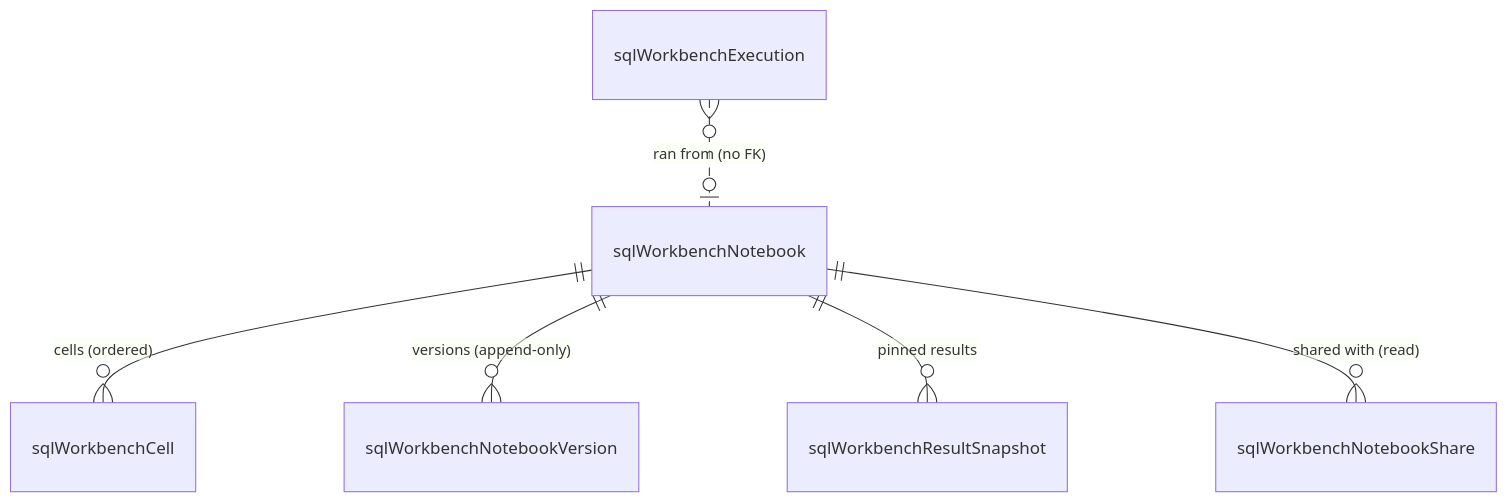
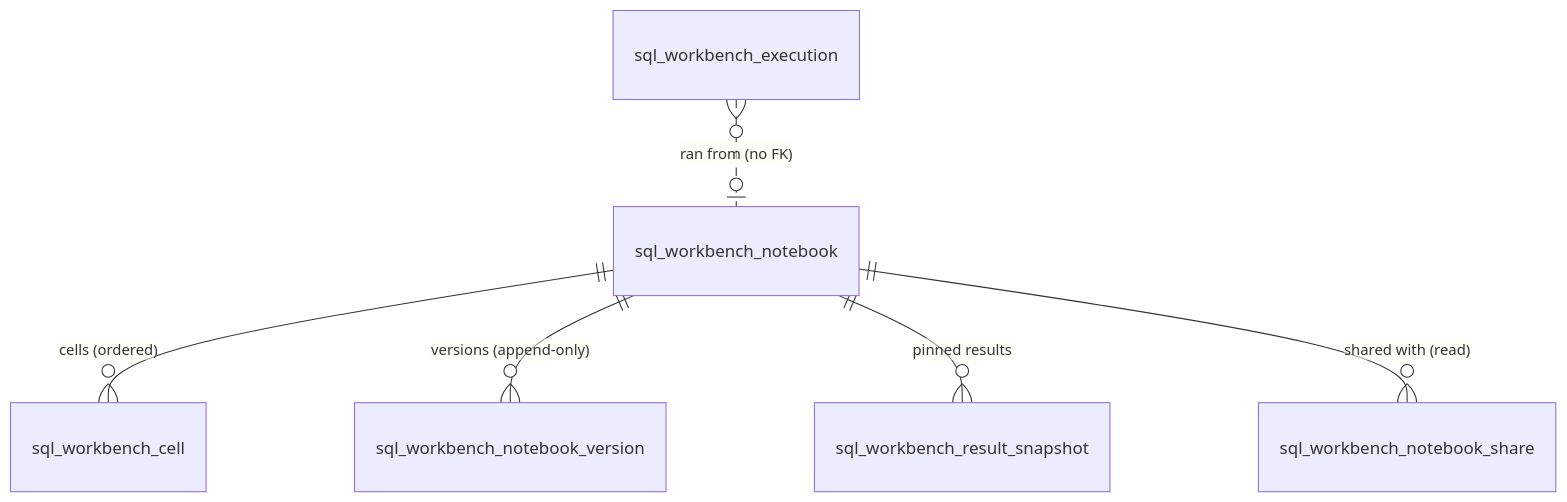
Before and after one commit to QRun-IO/qbit-sql-workbench: the diagram in docs/DESIGN.md, drawn with Mermaid. The commit also changed other lines of this file and 20 other files, not shown here.

First line of the commit message:
feat!: snake_case QQQ names with the sql_workbench_ prefix (owner naming rule)

````diff
--- a/docs/DESIGN.md
+++ b/docs/DESIGN.md
@@ -110,8 +110,8 @@
 ```mermaid
 erDiagram
-   sqlWorkbenchNotebook ||--o{ sqlWorkbenchCell : "cells (ordered)"
-   sqlWorkbenchNotebook ||--o{ sqlWorkbenchNotebookVersion : "versions (append-only)"
-   sqlWorkbenchNotebook ||--o{ sqlWorkbenchResultSnapshot : "pinned results"
-   sqlWorkbenchNotebook ||--o{ sqlWorkbenchNotebookShare : "shared with (read)"
-   sqlWorkbenchExecution }o..o| sqlWorkbenchNotebook : "ran from (no FK)"
+   sql_workbench_notebook ||--o{ sql_workbench_cell : "cells (ordered)"
+   sql_workbench_notebook ||--o{ sql_workbench_notebook_version : "versions (append-only)"
+   sql_workbench_notebook ||--o{ sql_workbench_result_snapshot : "pinned results"
+   sql_workbench_notebook ||--o{ sql_workbench_notebook_share : "shared with (read)"
+   sql_workbench_execution }o..o| sql_workbench_notebook : "ran from (no FK)"
 ```
````
